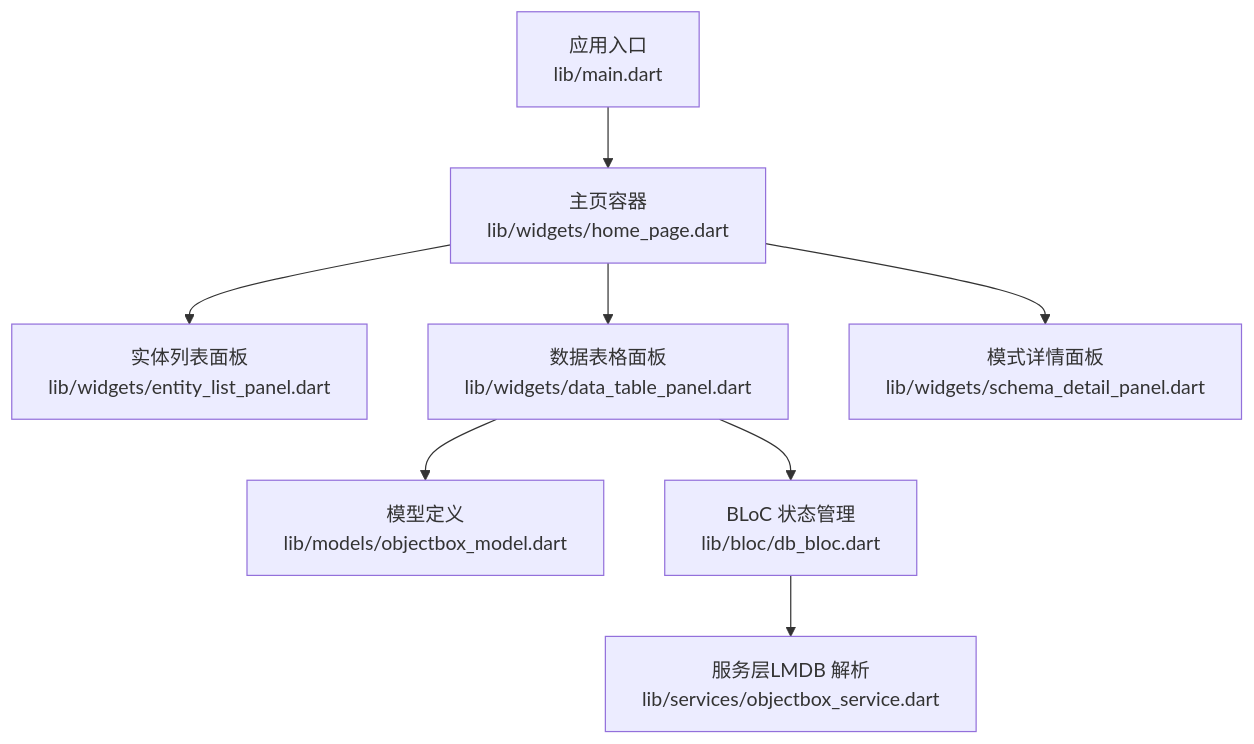
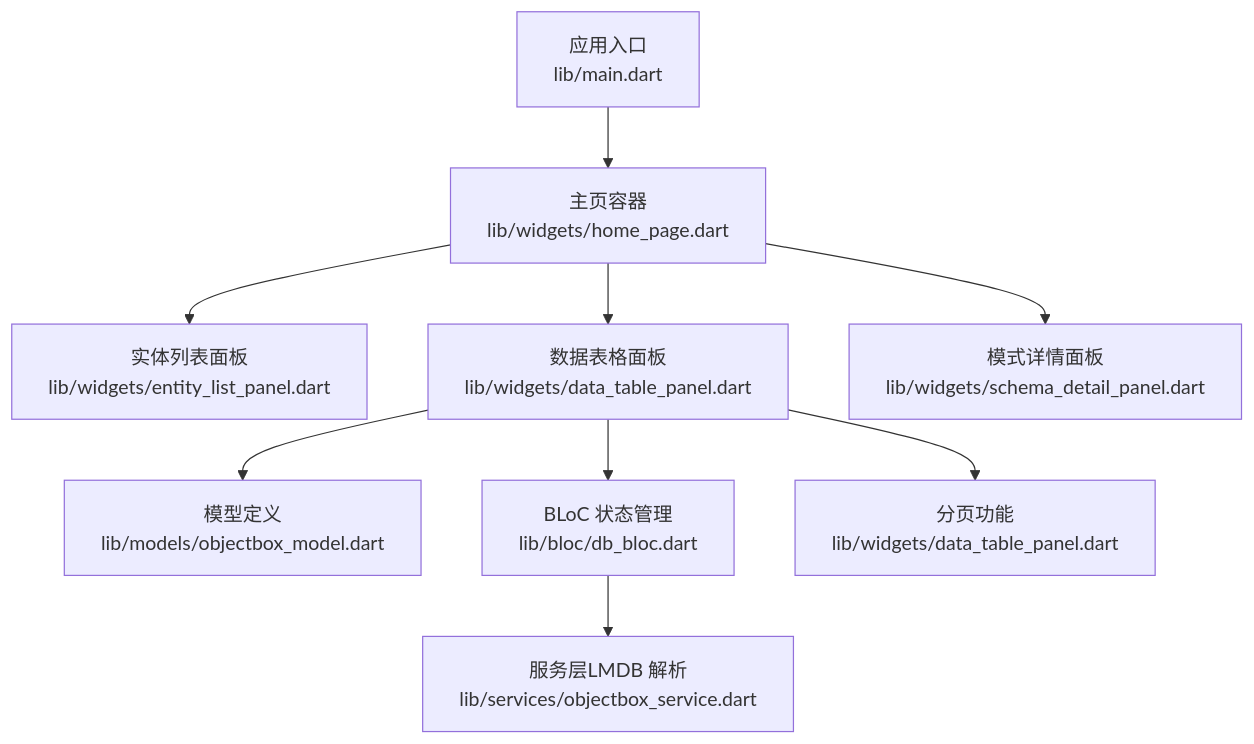
The first of 8 diagrams in .qoder/repowiki/zh/content/UI 组件/数据表格面板.md (kongpf8848/objectbox_viewer), drawn with Mermaid before and after one commit. The commit also changed other lines of this file and 9 other files, not shown here.

````diff
--- a/.qoder/repowiki/zh/content/UI 组件/数据表格面板.md
+++ b/.qoder/repowiki/zh/content/UI 组件/数据表格面板.md
@@ -39,10 +49,11 @@
 ```mermaid
 graph TB
 A["应用入口<br/>lib/main.dart"] --> B["主页容器<br/>lib/widgets/home_page.dart"]
 B --> C["实体列表面板<br/>lib/widgets/entity_list_panel.dart"]
 B --> D["数据表格面板<br/>lib/widgets/data_table_panel.dart"]
 B --> E["模式详情面板<br/>lib/widgets/schema_detail_panel.dart"]
 D --> F["模型定义<br/>lib/models/objectbox_model.dart"]
 D --> G["BLoC 状态管理<br/>lib/bloc/db_bloc.dart"]
 G --> H["服务层LMDB 解析<br/>lib/services/objectbox_service.dart"]
+D --> I["分页功能<br/>lib/widgets/data_table_panel.dart"]
 ```
````
